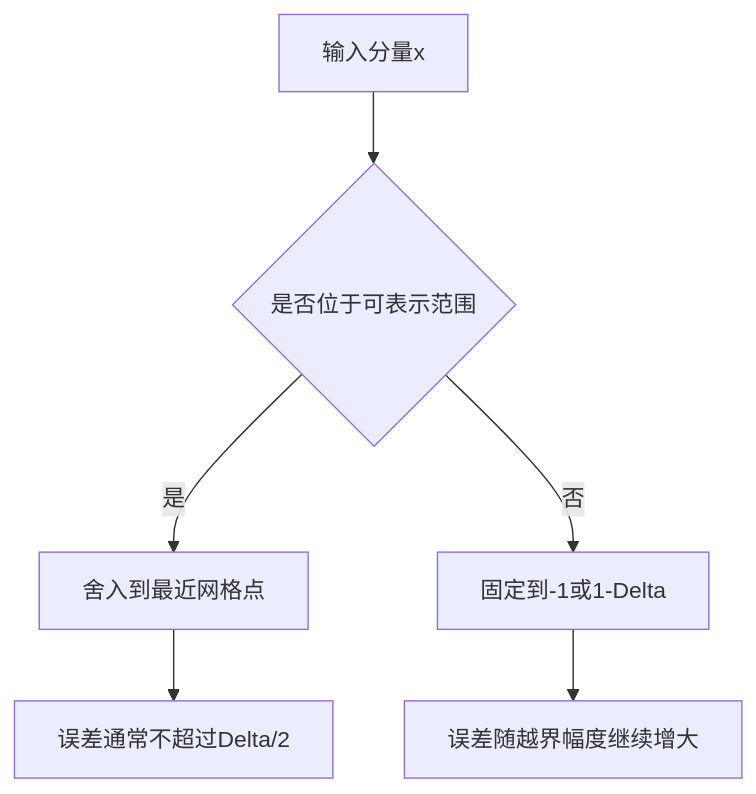
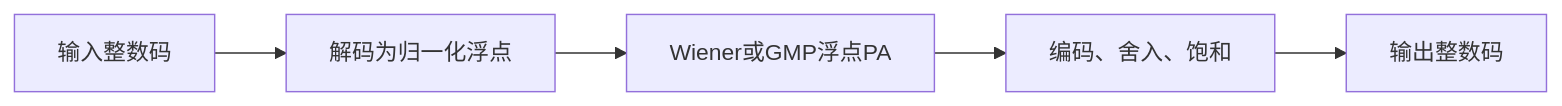
Before and after one commit to niyilu45/DPD_ILC: the second of 3 diagrams in doc/FixedPoint.md, drawn with Mermaid. The commit also changed other lines of this file and 17 other files, not shown here.

````diff
--- a/doc/FixedPoint.md
+++ b/doc/FixedPoint.md
@@ -152,8 +191,7 @@
 ```mermaid
-flowchart TD
-    input["输入分量x"] --> range{"是否位于可表示范围"}
-    range -->|是| rounding["舍入到最近网格点"]
-    range -->|否| clipping["固定到-1或1-Delta"]
-    rounding --> smallError["误差通常不超过Delta/2"]
-    clipping --> largeError["误差随越界幅度继续增大"]
+flowchart LR
+    inputCodes["输入整数码"] --> decode["解码为归一化浮点"]
+    decode --> pa["Wiener或GMP浮点PA"]
+    pa --> encode["编码、舍入、饱和"]
+    encode --> outputCodes["输出整数码"]
 ```
````
